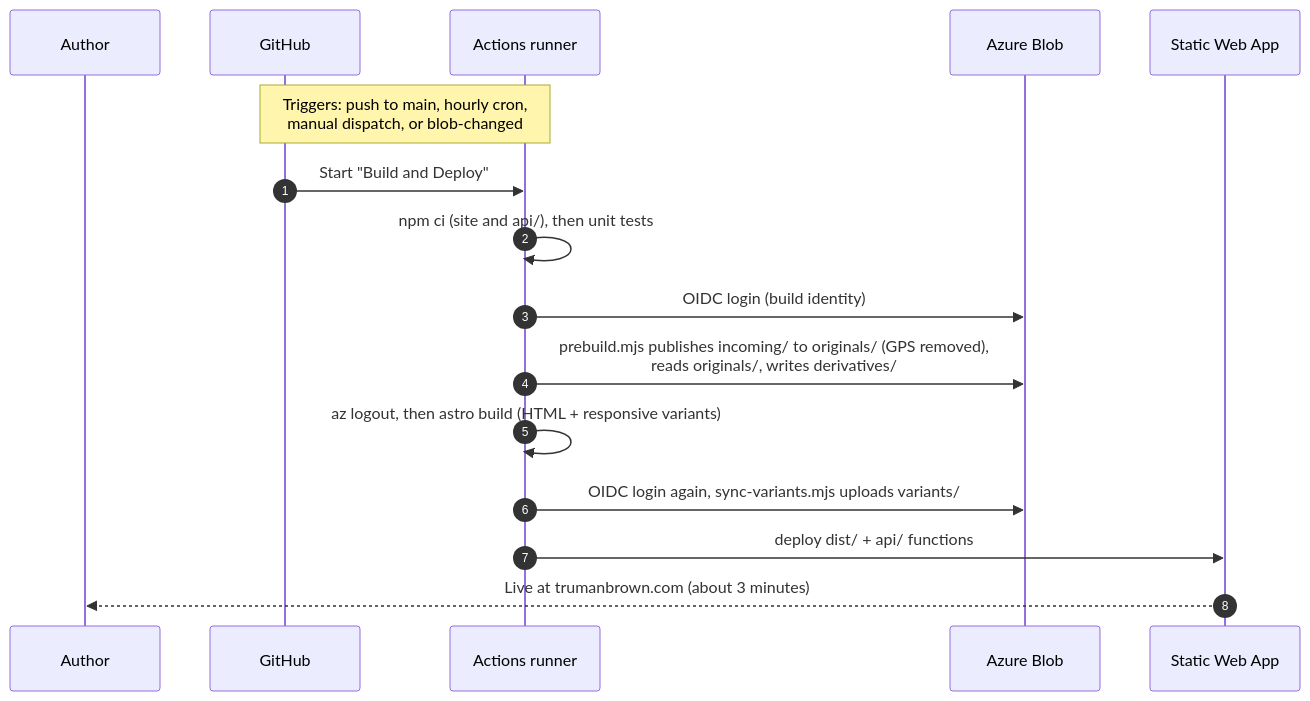
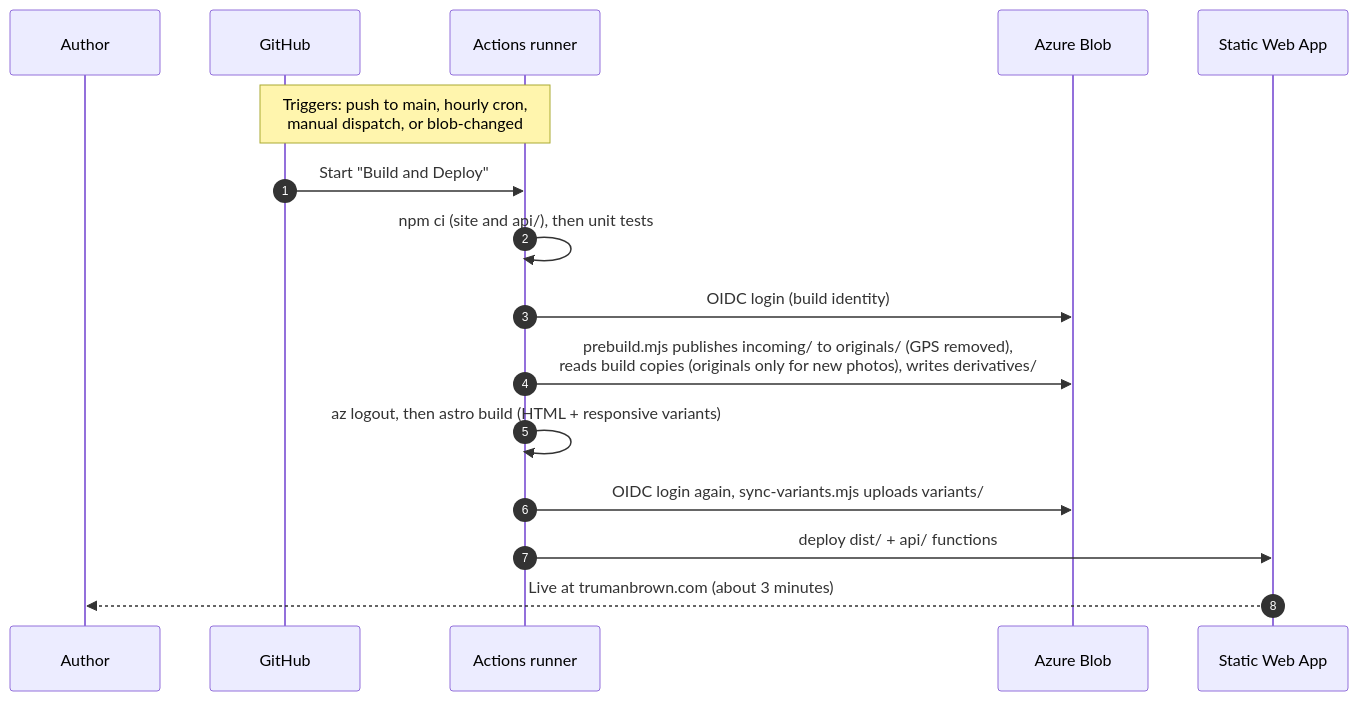
The second of 3 diagrams in docs/architecture.md (TrumanBrown/photography-website), drawn with Mermaid before and after one commit. The commit also changed other lines of this file and 10 other files, not shown here.

````diff
--- a/docs/architecture.md
+++ b/docs/architecture.md
@@ -163,18 +163,18 @@
 ```mermaid
 sequenceDiagram
     autonumber
     participant Dev as Author
     participant GH as GitHub
     participant GA as Actions runner
     participant AZ as Azure Blob
     participant SWA as Static Web App
     Note over GH,GA: Triggers: push to main, hourly cron,<br/>manual dispatch, or blob-changed
     GH->>GA: Start "Build and Deploy"
     GA->>GA: npm ci (site and api/), then unit tests
     GA->>AZ: OIDC login (build identity)
-    GA->>AZ: prebuild.mjs publishes incoming/ to originals/ (GPS removed),<br/>reads originals/, writes derivatives/
+    GA->>AZ: prebuild.mjs publishes incoming/ to originals/ (GPS removed),<br/>reads build copies (originals only for new photos), writes derivatives/
     GA->>GA: az logout, then astro build (HTML + responsive variants)
     GA->>AZ: OIDC login again, sync-variants.mjs uploads variants/
     GA->>SWA: deploy dist/ + api/ functions
     SWA-->>Dev: Live at trumanbrown.com (about 3 minutes)
 ```
````
